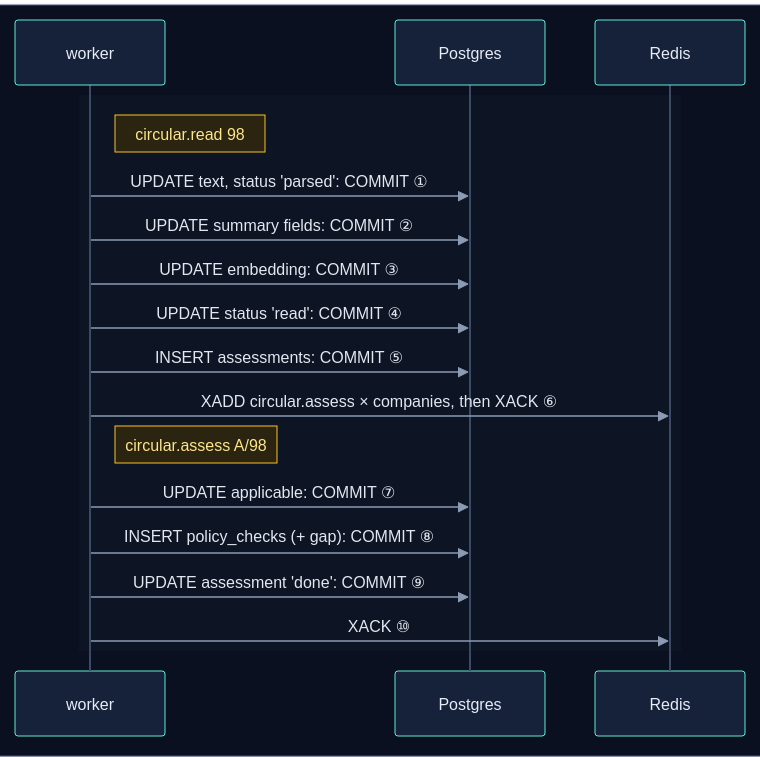
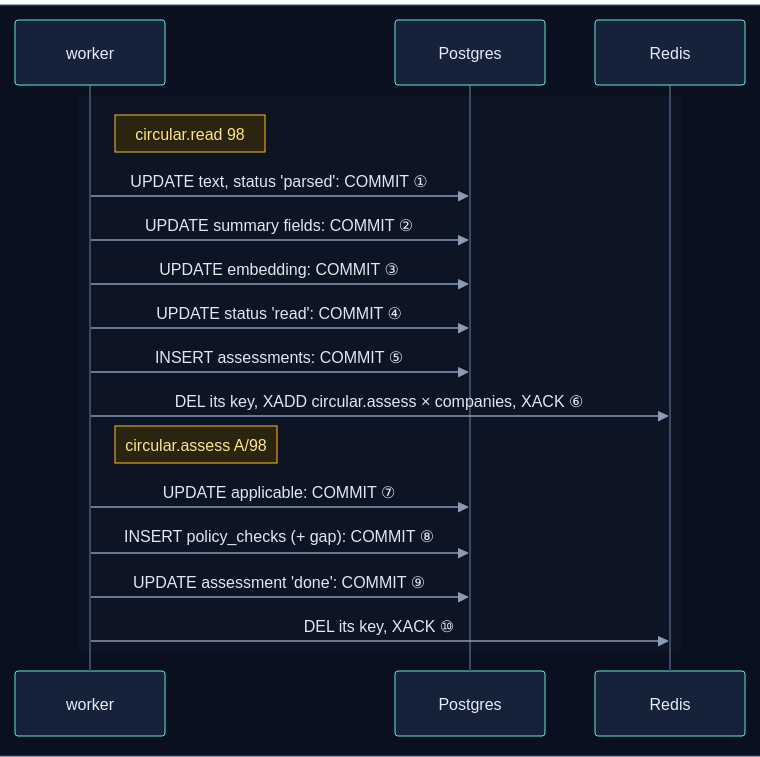
Before and after one commit to selvakumarperumal/Regulatory_Circular_Impact_Agent: diagram 17 of 19 in backend/worker/INTERNALS.md, drawn with Mermaid. The commit also changed other lines of this file and 7 other files, not shown here.

````diff
--- a/backend/worker/INTERNALS.md
+++ b/backend/worker/INTERNALS.md
@@ -863,24 +832,24 @@
 ```mermaid
 %%{init: {"theme": "base", "sequence": {"diagramMarginX": 0, "diagramMarginY": 0}, "themeVariables": {"darkMode": true, "primaryColor": "#16213a", "primaryTextColor": "#e6edf7", "primaryBorderColor": "#475a7a", "lineColor": "#8b9bb4", "secondaryColor": "#1b2436", "tertiaryColor": "#101a2e", "edgeLabelBackground": "#0f172a", "textColor": "#e2e8f0", "actorBkg": "#16213a", "actorBorder": "#5eead4", "actorTextColor": "#e6edf7", "actorLineColor": "#3b4a66", "signalColor": "#8b9bb4", "signalTextColor": "#e2e8f0", "noteBkgColor": "#2a2410", "noteBorderColor": "#fbbf24", "noteTextColor": "#fde68a", "labelBoxBkgColor": "#1e293b", "labelBoxBorderColor": "#64748b", "labelTextColor": "#e2e8f0", "loopTextColor": "#c4b5fd", "sequenceNumberColor": "#0b1020", "activationBkgColor": "#1e293b"}}}%%
 sequenceDiagram
     box rgb(11, 16, 32)
         participant K as worker
         participant PG as Postgres
         participant R as Redis
     end
 
     rect rgb(13, 20, 36)
         Note right of K: circular.read 98
         K->>PG: UPDATE text, status 'parsed': COMMIT ①
         K->>PG: UPDATE summary fields: COMMIT ②
         K->>PG: UPDATE embedding: COMMIT ③
         K->>PG: UPDATE status 'read': COMMIT ④
         K->>PG: INSERT assessments: COMMIT ⑤
-        K->>R: XADD circular.assess × companies, then XACK ⑥
+        K->>R: DEL its key, XADD circular.assess × companies, XACK ⑥
         Note right of K: circular.assess A/98
         K->>PG: UPDATE applicable: COMMIT ⑦
         K->>PG: INSERT policy_checks (+ gap): COMMIT ⑧
         K->>PG: UPDATE assessment 'done': COMMIT ⑨
-        K->>R: XACK ⑩
+        K->>R: DEL its key, XACK ⑩
     end
 ```
````
